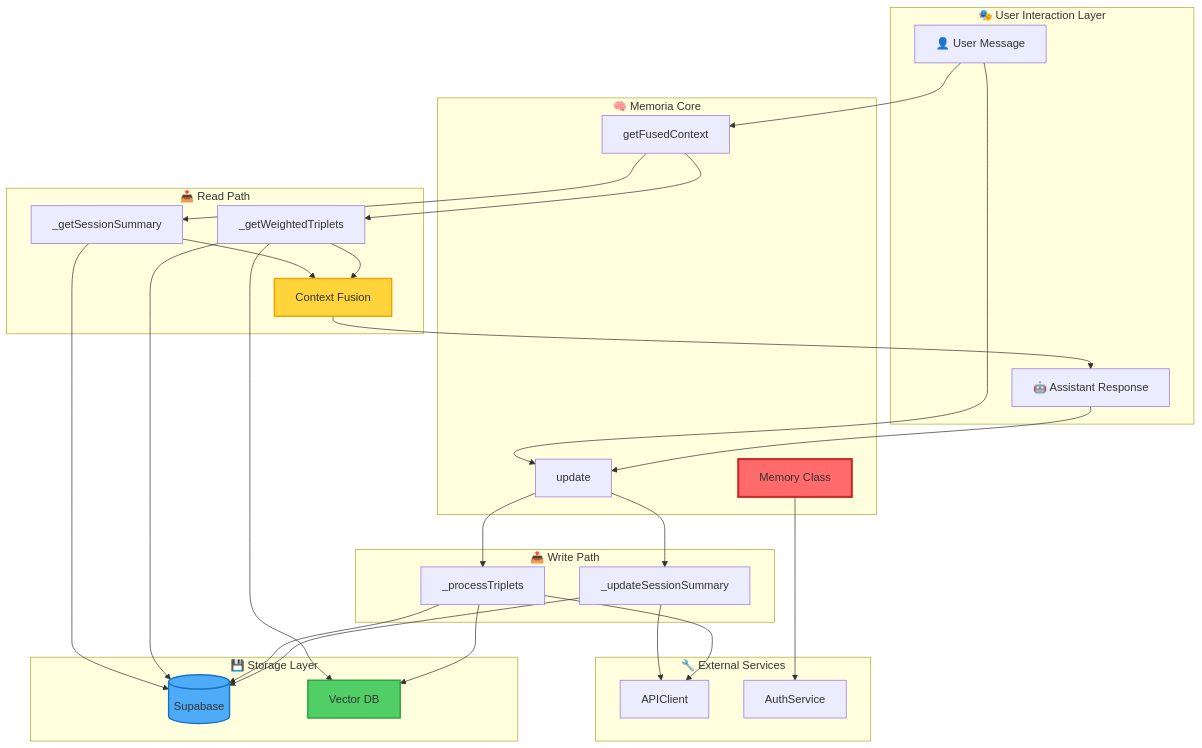
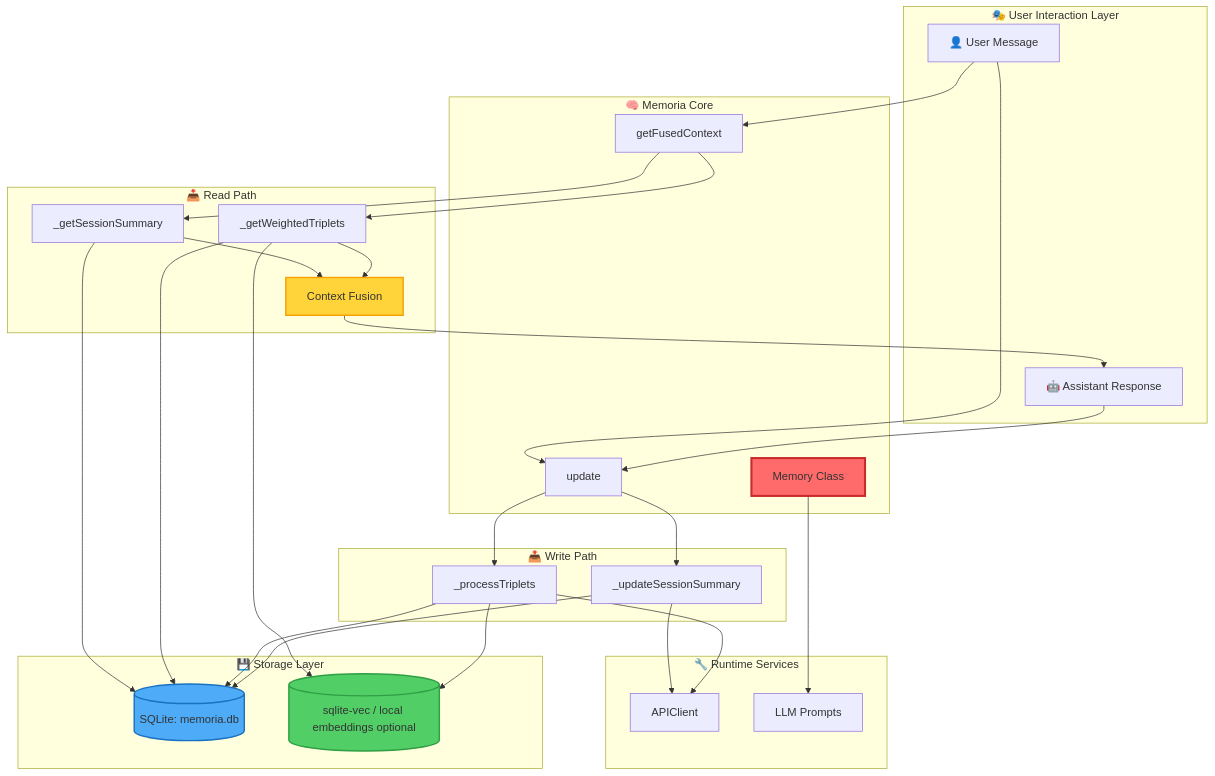
The first of 9 diagrams in docs/agentic/Memoria.md (rzafiamy/cowork), drawn with Mermaid before and after one commit. The commit also changed other lines of this file and 13 other files, not shown here.

````diff
--- a/docs/agentic/Memoria.md
+++ b/docs/agentic/Memoria.md
@@ -41,61 +46,61 @@
 ```mermaid
 graph TB
     subgraph "🎭 User Interaction Layer"
         A[👤 User Message]
         B[🤖 Assistant Response]
     end
     
     subgraph "🧠 Memoria Core"
         C[Memory Class]
         D[getFusedContext]
         E[update]
     end
     
     subgraph "📥 Read Path"
         F[_getSessionSummary]
         G[_getWeightedTriplets]
         H[Context Fusion]
     end
     
     subgraph "📤 Write Path"
         I[_processTriplets]
         J[_updateSessionSummary]
     end
     
     subgraph "💾 Storage Layer"
-        K[(Supabase)]
-        L[Vector DB]
+        K[(SQLite: memoria.db)]
+        L[(sqlite-vec / local embeddings optional)]
     end
     
-    subgraph "🔧 External Services"
+    subgraph "🔧 Runtime Services"
         M[APIClient]
-        N[AuthService]
+        N[LLM Prompts]
     end
     
     A --> D
     D --> F
     D --> G
     F --> K
     G --> L
     G --> K
     F --> H
     G --> H
     H --> B
     
     A --> E
     B --> E
     E --> I
     E --> J
     I --> K
     I --> L
     J --> K
     J --> M
     
     C --> N
     I --> M
     
     style C fill:#ff6b6b,stroke:#c92a2a,stroke-width:3px
     style K fill:#4dabf7,stroke:#1971c2,stroke-width:2px
     style L fill:#51cf66,stroke:#2f9e44,stroke-width:2px
     style H fill:#ffd43b,stroke:#f59f00,stroke-width:2px
 ```
````
